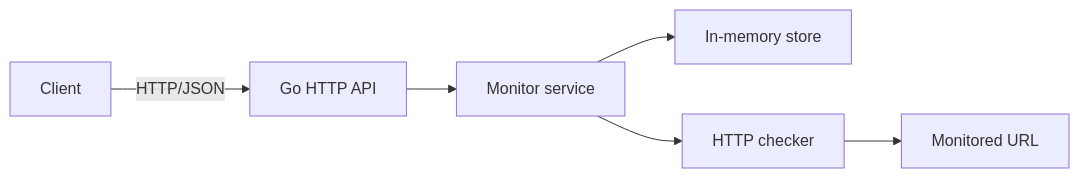
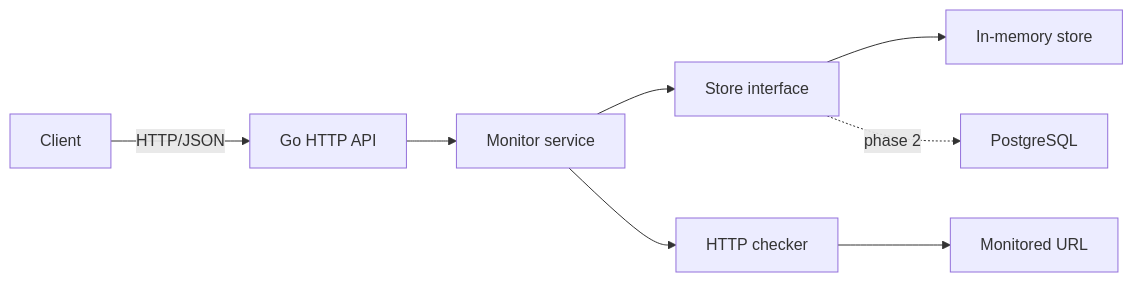
The diagram in docs/architecture.md (Nosk0v/pulsewatch), drawn with Mermaid before and after one commit. The commit also changed other lines of this file and 6 other files, not shown here.

Commit message:
feat(storage): add postgres schema

````diff
--- a/docs/architecture.md
+++ b/docs/architecture.md
@@ -3,8 +3,10 @@
 ```mermaid
 flowchart LR
     Client -->|HTTP/JSON| API[Go HTTP API]
     API --> Service[Monitor service]
-    Service --> Store[In-memory store]
+    Service --> Store[Store interface]
+    Store --> Memory[In-memory store]
+    Store -. phase 2 .-> PostgreSQL
     Service --> Checker[HTTP checker]
     Checker --> Target[Monitored URL]
 ```
````
